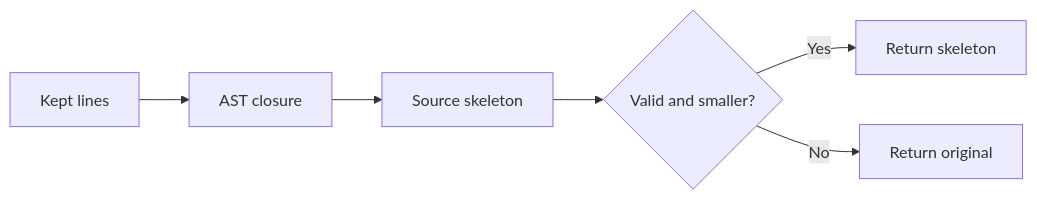
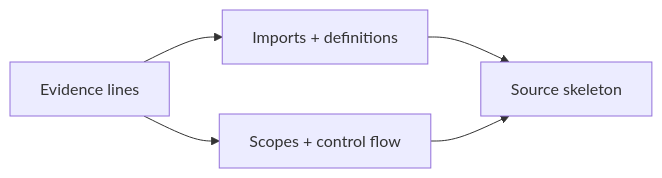
Before and after one commit to EvanGruhlkey/ContextLens: the third of 4 diagrams in README.md, drawn with Mermaid. The commit also changed other lines of this file and 1 other file, not shown here.

````diff
--- a/README.md
+++ b/README.md
@@ -87,8 +78,7 @@
 ```mermaid
 flowchart LR
-    A[Kept lines] --> B[AST closure]
-    B --> C[Source skeleton]
-    C --> D{Valid and smaller?}
-    D -- Yes --> E[Return skeleton]
-    D -- No --> F[Return original]
+    A[Evidence lines] --> B[Imports + definitions]
+    A --> C[Scopes + control flow]
+    B --> D[Source skeleton]
+    C --> D
 ```
````
